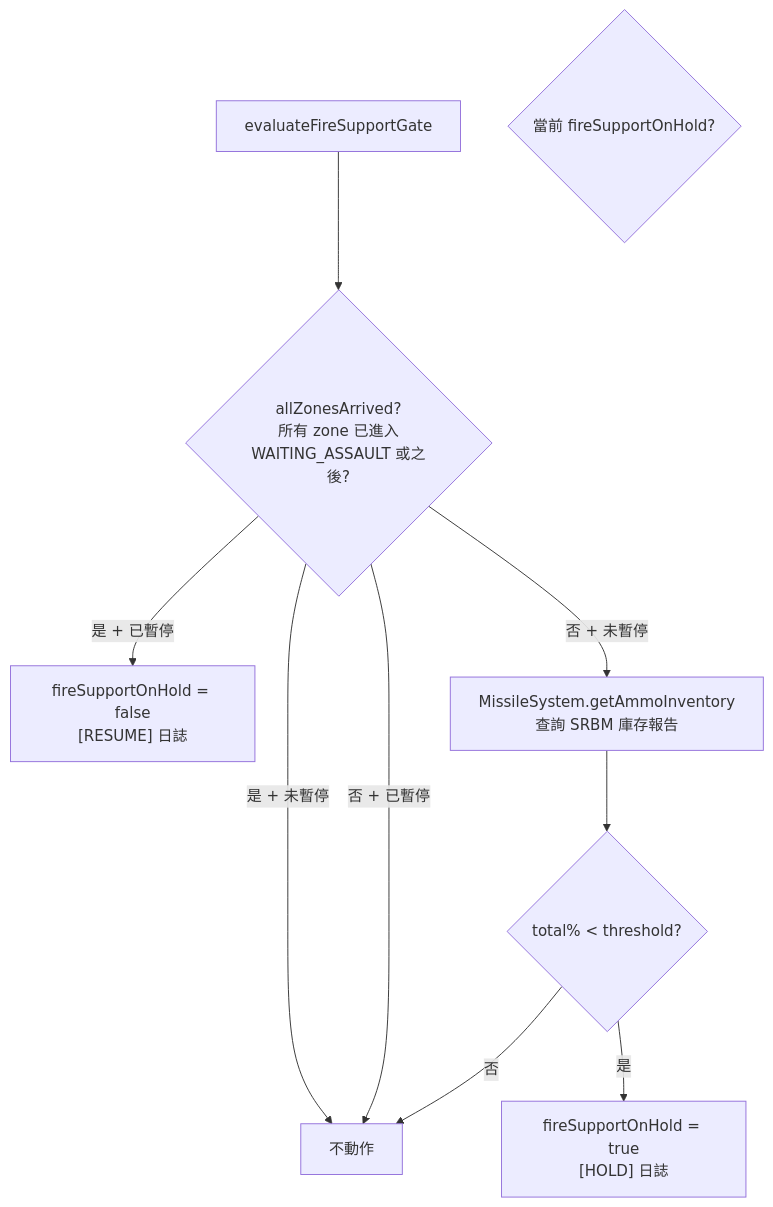
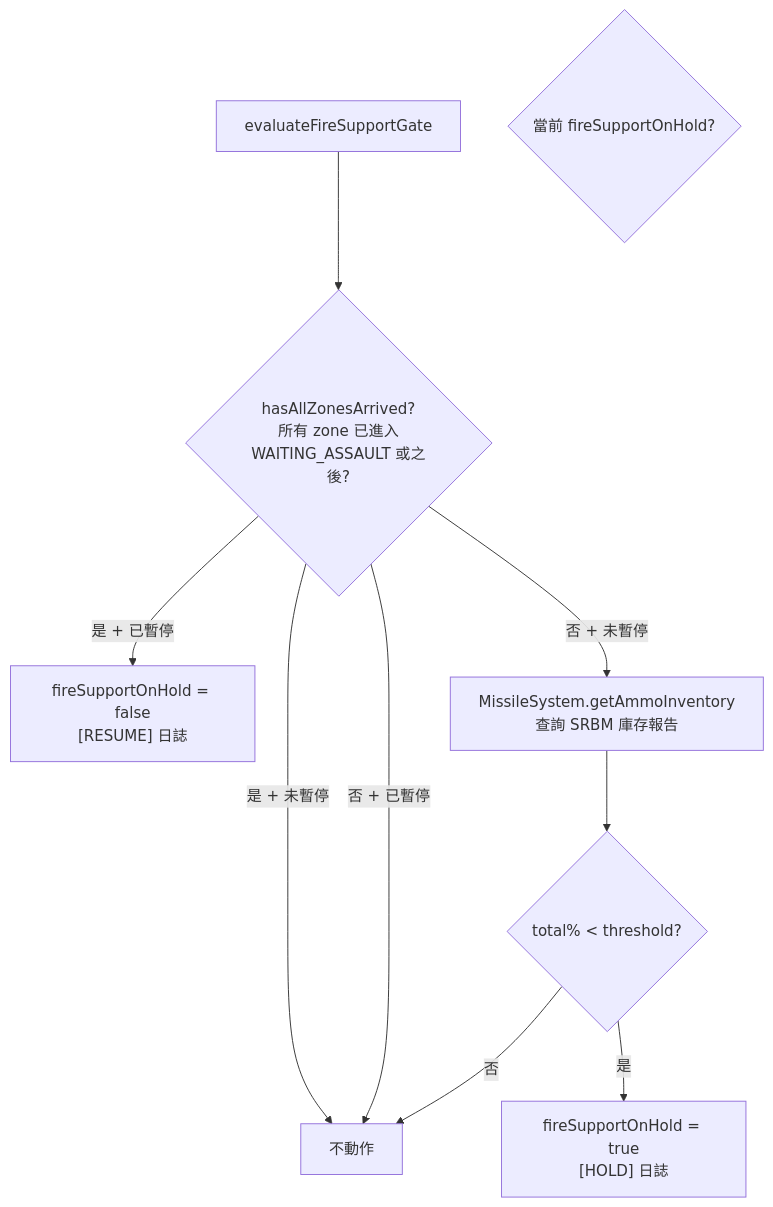
Before and after one commit to pullupjumper/formosa-in-flames: the fourth of 4 diagrams in docs/landingOps/coordinator.md, drawn with Mermaid. The commit also changed other lines of this file and 93 other files, not shown here.

````diff
--- a/docs/landingOps/coordinator.md
+++ b/docs/landingOps/coordinator.md
@@ -99,21 +99,21 @@
 ```mermaid
 flowchart TD
     START["evaluateFireSupportGate"]
-    ARRIVED{allZonesArrived?<br>所有 zone 已進入<br>WAITING_ASSAULT 或之後?}
+    ARRIVED{hasAllZonesArrived?<br>所有 zone 已進入<br>WAITING_ASSAULT 或之後?}
     HOLDFLAG{當前 fireSupportOnHold?}
 
     RESUME["fireSupportOnHold = false<br>[RESUME] 日誌"]
     NOOP["不動作"]
     GET_INV["MissileSystem.getAmmoInventory<br>查詢 SRBM 庫存報告"]
     BELOW{total% < threshold?}
     HOLD["fireSupportOnHold = true<br>[HOLD] 日誌"]
 
     START --> ARRIVED
     ARRIVED -->|是 + 已暫停| RESUME
     ARRIVED -->|是 + 未暫停| NOOP
     ARRIVED -->|否 + 已暫停| NOOP
     ARRIVED -->|否 + 未暫停| GET_INV
     GET_INV --> BELOW
     BELOW -->|是| HOLD
     BELOW -->|否| NOOP
 ```
````
